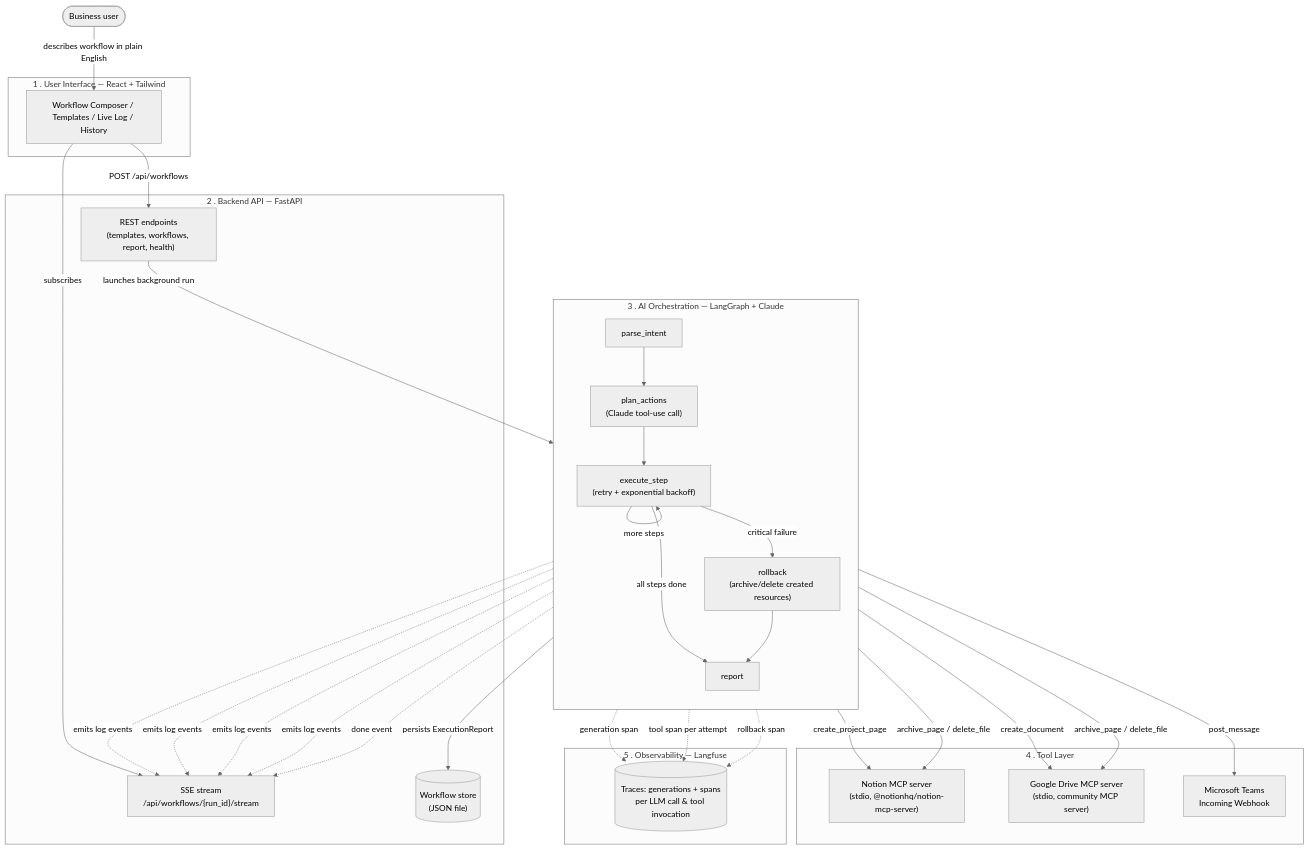
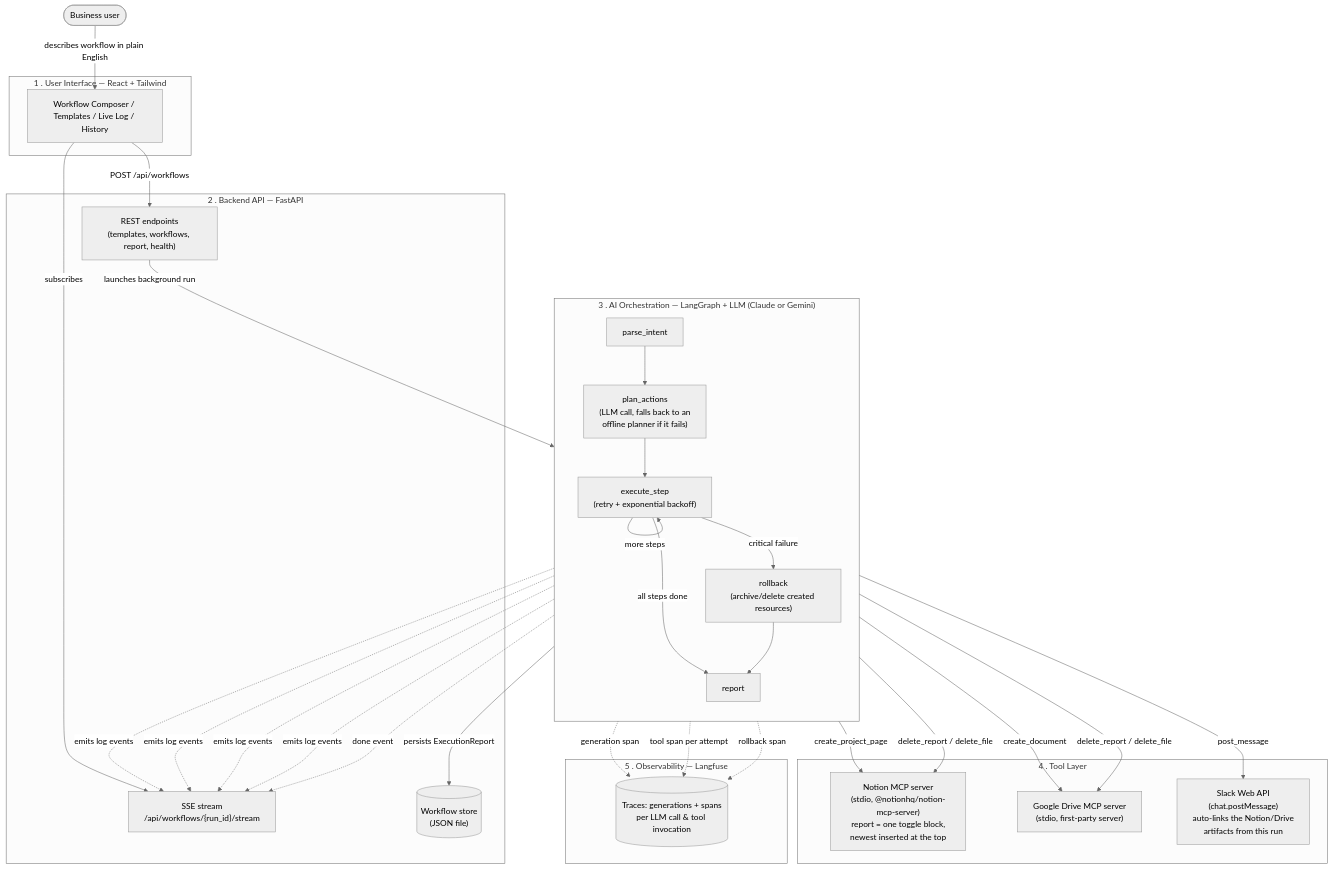
One commit to rgend/Capstone_WorkflowWeaver changed the diagram in docs/architecture.mmd. Above: the diagram before and after it, drawn with Mermaid (neutral theme). The commit also changed 4 other files, not shown here.

```diff
--- a/docs/architecture.mmd
+++ b/docs/architecture.mmd
@@ -1,53 +1,53 @@
 flowchart TB
     User(["Business user"])
 
     subgraph L1["1 . User Interface — React + Tailwind"]
         UI["Workflow Composer / Templates / Live Log / History"]
     end
 
     subgraph L2["2 . Backend API — FastAPI"]
         REST["REST endpoints\n(templates, workflows, report, health)"]
         SSE["SSE stream\n/api/workflows/{run_id}/stream"]
         Store[("Workflow store\n(JSON file)")]
     end
 
-    subgraph L3["3 . AI Orchestration — LangGraph + Claude"]
+    subgraph L3["3 . AI Orchestration — LangGraph + LLM (Claude or Gemini)"]
         direction TB
-        N1["parse_intent"] --> N2["plan_actions\n(Claude tool-use call)"]
+        N1["parse_intent"] --> N2["plan_actions\n(LLM call, falls back to an\noffline planner if it fails)"]
         N2 --> N3["execute_step\n(retry + exponential backoff)"]
         N3 -->|more steps| N3
         N3 -->|critical failure| N4["rollback\n(archive/delete created resources)"]
         N3 -->|all steps done| N5["report"]
         N4 --> N5
     end
 
     subgraph L4["4 . Tool Layer"]
-        Notion["Notion MCP server\n(stdio, @notionhq/notion-mcp-server)"]
-        Drive["Google Drive MCP server\n(stdio, community MCP server)"]
-        Teams["Microsoft Teams\nIncoming Webhook"]
+        Notion["Notion MCP server\n(stdio, @notionhq/notion-mcp-server)\nreport = one toggle block,\nnewest inserted at the top"]
+        Drive["Google Drive MCP server\n(stdio, first-party server)"]
+        Slack["Slack Web API\n(chat.postMessage)\nauto-links the Notion/Drive\nartifacts from this run"]
     end
 
     subgraph L5["5 . Observability — Langfuse"]
         Trace[("Traces: generations + spans\nper LLM call & tool invocation")]
     end
 
     User -->|"describes workflow in plain English"| UI
     UI -->|"POST /api/workflows"| REST
     REST -->|"launches background run"| N1
     UI -->|"subscribes"| SSE
     N1 -. emits log events .-> SSE
     N2 -. emits log events .-> SSE
     N3 -. emits log events .-> SSE
     N4 -. emits log events .-> SSE
     N5 -->|"persists ExecutionReport"| Store
     N5 -. "done" event .-> SSE
 
     N3 -->|"create_project_page"| Notion
     N3 -->|"create_document"| Drive
-    N3 -->|"post_message"| Teams
-    N4 -->|"archive_page / delete_file"| Notion
-    N4 -->|"archive_page / delete_file"| Drive
+    N3 -->|"post_message"| Slack
+    N4 -->|"delete_report / delete_file"| Notion
+    N4 -->|"delete_report / delete_file"| Drive
 
     N2 -.->|"generation span"| Trace
     N3 -.->|"tool span per attempt"| Trace
     N4 -.->|"rollback span"| Trace
```
